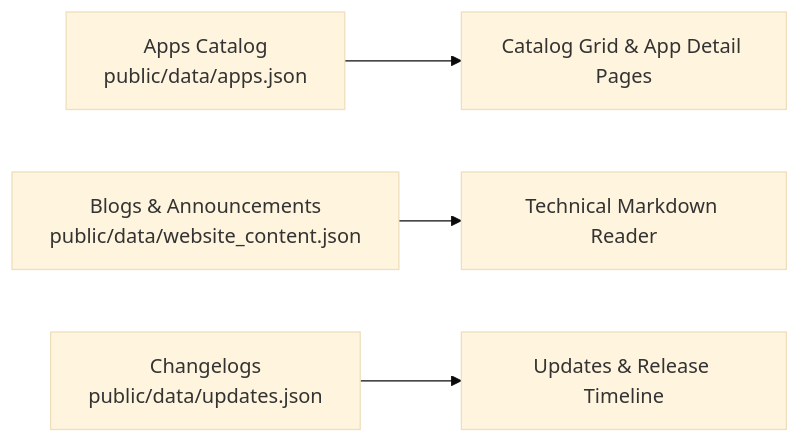
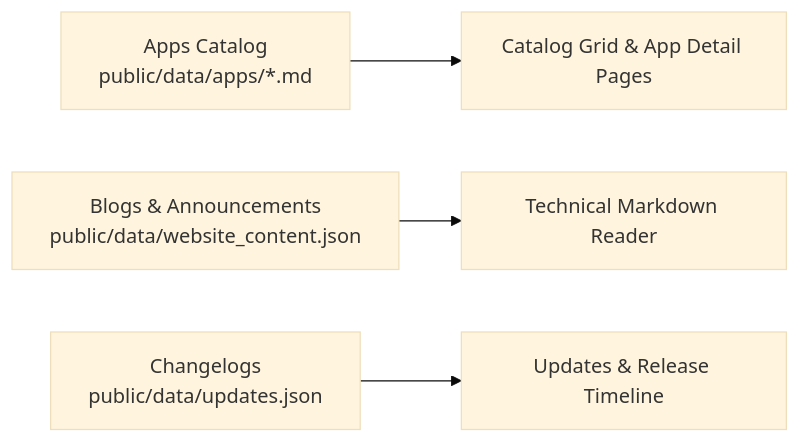
One commit to EG1DOTIN/eg1.in changed the second of 3 diagrams in docs/DEVELOPER_GUIDE.md. Above: the diagram before and after it, drawn with Mermaid (base theme). The commit also changed other lines of this file and 21 other files, not shown here.

First line of the commit message:
feat(catalog): add EG-Web-Core product, switch to markdown architecture, and optimize apps page

````diff
--- a/docs/DEVELOPER_GUIDE.md
+++ b/docs/DEVELOPER_GUIDE.md
@@ -107,6 +107,6 @@
 ```mermaid
 flowchart LR
-    Apps["Apps Catalog<br/>public/data/apps.json"] --> WebApp["Catalog Grid & App Detail Pages"]
+    Apps["Apps Catalog<br/>public/data/apps/*.md"] --> WebApp["Catalog Grid & App Detail Pages"]
     Blogs["Blogs & Announcements<br/>public/data/website_content.json"] --> BlogReader["Technical Markdown Reader"]
     Updates["Changelogs<br/>public/data/updates.json"] --> UpdatesFeed["Updates & Release Timeline"]
 ```
````
